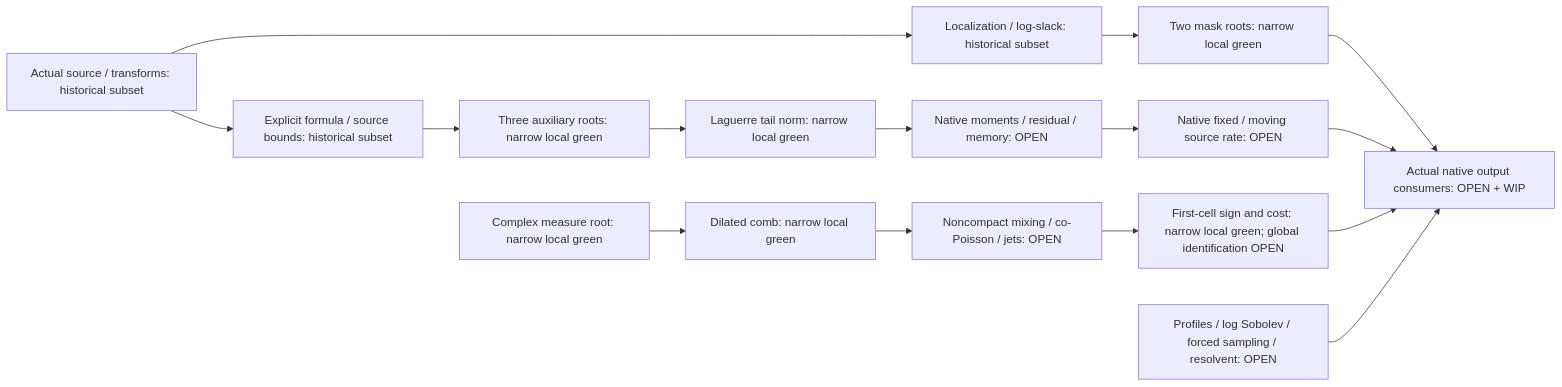
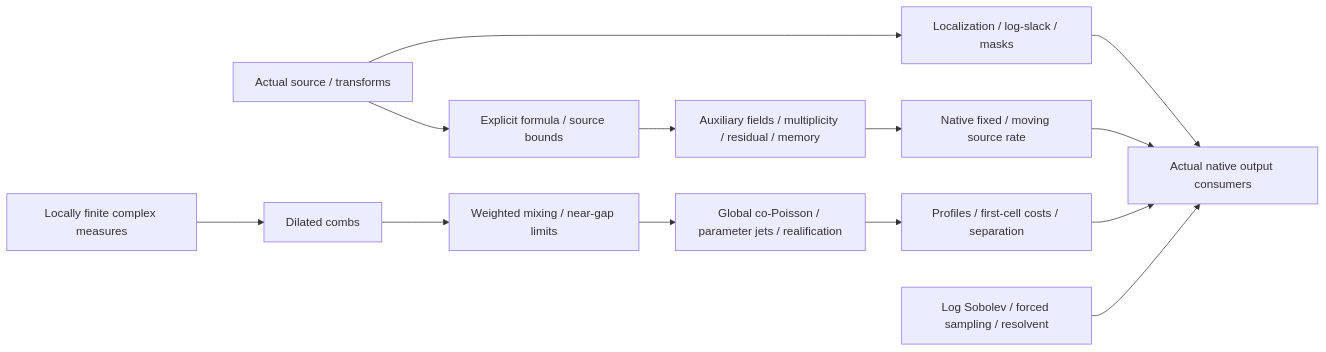
The second of 2 diagrams in research/RHRC/graph/OPICA_FOLLOWUP_CURRENT_STATE.md (HMarcusWH/zeta-23-lean), drawn with Mermaid before and after one commit. The commit also changed other lines of this file and 263 other files, not shown here.

Commit message:
OPICA: prove native memory chain, weighted mixture and near-gap mass bound

````diff
--- a/research/RHRC/graph/OPICA_FOLLOWUP_CURRENT_STATE.md
+++ b/research/RHRC/graph/OPICA_FOLLOWUP_CURRENT_STATE.md
@@ -67,18 +47,15 @@
 ```mermaid
 flowchart LR
-  source["Actual source / transforms: historical subset"]
-  source --> arithmetic["Localization / log-slack: historical subset"]
-  arithmetic --> masks["Two mask roots: narrow local green"]
-  source --> explicit["Explicit formula / source bounds: historical subset"]
-  explicit --> auxiliary["Three auxiliary roots: narrow local green"]
-  auxiliary --> norm["Laguerre tail norm: narrow local green"]
-  norm --> tail["Native moments / residual / memory: OPEN"]
-  tail --> rate["Native fixed / moving source rate: OPEN"]
-  masks --> consumers["Actual native output consumers: OPEN + WIP"]
+  source["Actual source / transforms"] --> arithmetic["Localization / log-slack / masks"]
+  source --> explicit["Explicit formula / source bounds"]
+  explicit --> tail["Auxiliary fields / multiplicity / residual / memory"]
+  tail --> rate["Native fixed / moving source rate"]
+  arithmetic --> consumers["Actual native output consumers"]
   rate --> consumers
-  complex["Complex measure root: narrow local green"] --> comb["Dilated comb: narrow local green"]
-  comb --> mixing["Noncompact mixing / co-Poisson / jets: OPEN"]
-  mixing --> heat["First-cell sign and cost: narrow local green; global identification OPEN"]
-  heat --> consumers
-  spectral["Profiles / log Sobolev / forced sampling / resolvent: OPEN"] --> consumers
+  complex["Locally finite complex measures"] --> comb["Dilated combs"]
+  comb --> mixing["Weighted mixing / near-gap limits"]
+  mixing --> global["Global co-Poisson / parameter jets / realification"]
+  global --> signs["Profiles / first-cell costs / separation"]
+  signs --> consumers
+  spectral["Log Sobolev / forced sampling / resolvent"] --> consumers
 ```
````
